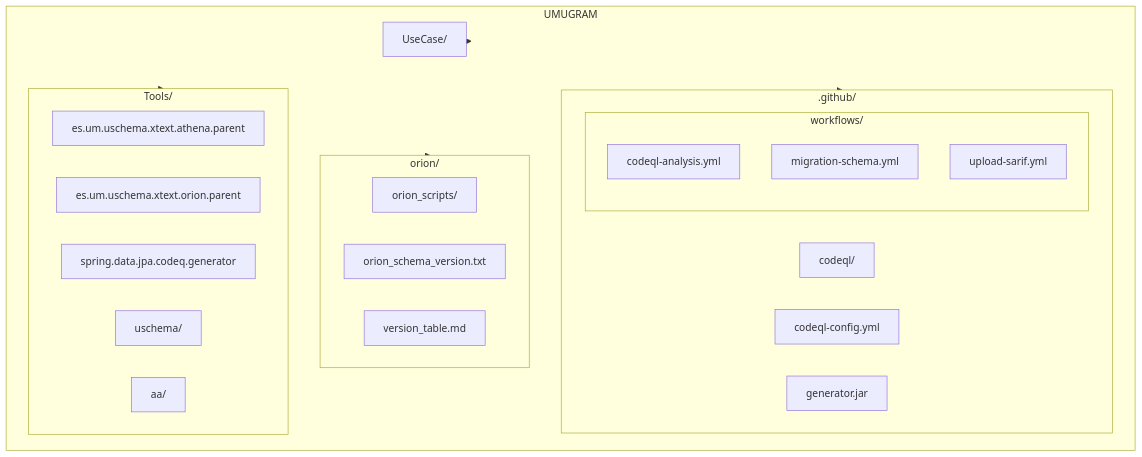
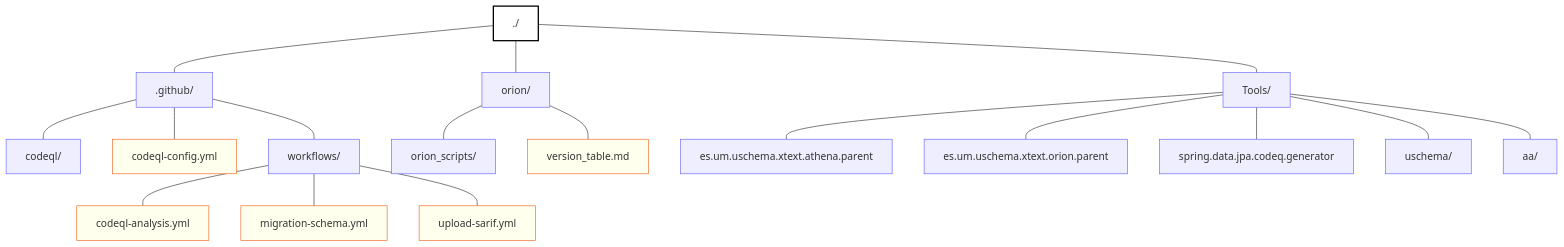
The diagram in README.md (Zerep0/TFG), drawn with Mermaid before and after one commit.

````diff
--- a/README.md
+++ b/README.md
@@ -7,33 +7,27 @@
 ```mermaid
 flowchart TD
-  subgraph UMUGRAM
-    subgraph GITHUB[".github/"]
-      codeql["codeql/"]
-      cfg["codeql-config.yml"]
-      jar["generator.jar"]
-      subgraph WFS["workflows/"]
-        a["codeql-analysis.yml"]
-        b["migration-schema.yml"]
-        c["upload-sarif.yml"]
-      end
-    end
-    subgraph ORION["orion/"]
-      scripts["orion_scripts/"]
-      vtxt["orion_schema_version.txt"]
-      vmd["version_table.md"]
-    end
-    subgraph TOOLS["Tools/"]
-      t1["es.um.uschema.xtext.athena.parent"]
-      t2["es.um.uschema.xtext.orion.parent"]
-      t3["spring.data.jpa.codeq.generator"]
-      t4["uschema/"]
-      t5["aa/"]
-    end
-    UseCase["UseCase/"]
-  end
+  ROOT["./"]:::root
+  ROOT --- GITHUB[".github/"]:::folder
+  ROOT --- ORION["orion/"]:::folder
+  ROOT --- TOOLS["Tools/"]:::folder
 
-  UMUGRAM --> GITHUB
-  UMUGRAM --> ORION
-  UMUGRAM --> TOOLS
-  UMUGRAM --> UseCase
+  GITHUB --- codeql["codeql/"]:::folder
+  GITHUB --- cfg["codeql-config.yml"]:::file
+  GITHUB --- wfs["workflows/"]:::folder
+  wfs   --- a["codeql-analysis.yml"]:::file
+  wfs   --- b["migration-schema.yml"]:::file
+  wfs   --- c["upload-sarif.yml"]:::file
+
+  ORION --- scripts["orion_scripts/"]:::folder
+  ORION --- vmd["version_table.md"]:::file
+
+  TOOLS --- t1["es.um.uschema.xtext.athena.parent"]:::folder
+  TOOLS --- t2["es.um.uschema.xtext.orion.parent"]:::folder
+  TOOLS --- t3["spring.data.jpa.codeq.generator"]:::folder
+  TOOLS --- t4["uschema/"]:::folder
+  TOOLS --- t5["aa/"]:::folder
+
+  classDef root   fill:#fff,stroke:#000,stroke-width:2px;
+  classDef folder fill:#eef,stroke:#66f;
+  classDef file   fill:#ffe,stroke:#e62;
 ```
````
